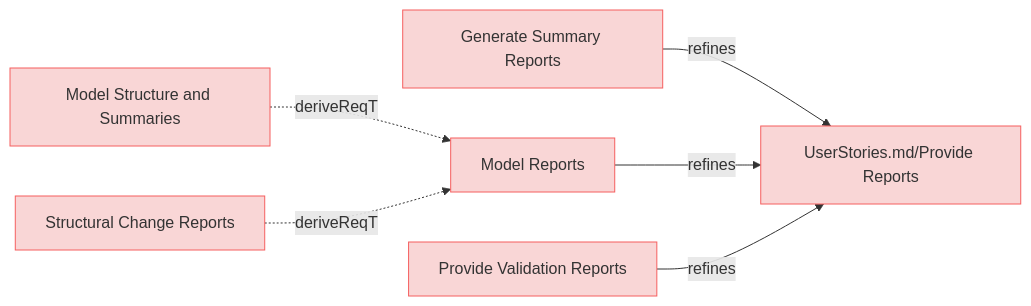
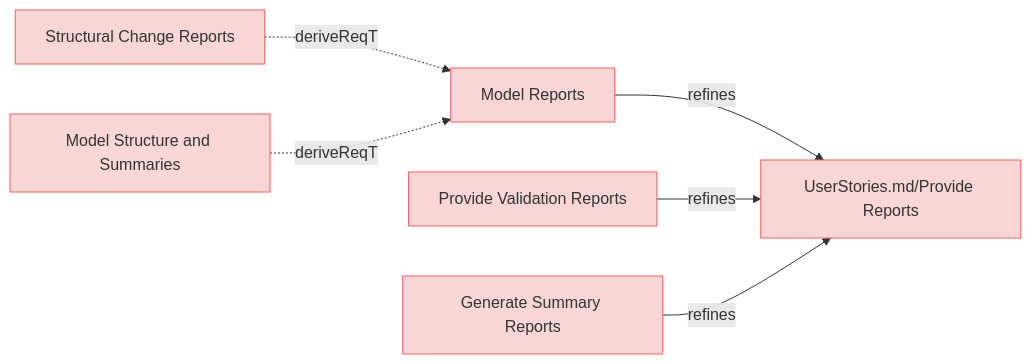
Before and after one commit to reqvire-org/reqvire: the fifth of 9 diagrams in specifications/UserRequirements.md, drawn with Mermaid. The commit also changed other lines of this file and 72 other files, not shown here.

Commit message:
Major rework of the logic in reqvire. It uses git repository root as root folder and everything else is relative to it. External folders and specifications folder concept has been deprecated.

````diff
--- a/specifications/UserRequirements.md
+++ b/specifications/UserRequirements.md
@@ -369,32 +369,32 @@
 ```mermaid
 graph LR;
   %% Graph styling
   classDef requirement fill:#f9d6d6,stroke:#f55f5f,stroke-width:1px;
   classDef verification fill:#d6f9d6,stroke:#5fd75f,stroke-width:1px;
   classDef externalLink fill:#d0e0ff,stroke:#3080ff,stroke-width:1px;
   classDef default fill:#f5f5f5,stroke:#333333,stroke-width:1px;
 
+  98d3f01fb666c41f["Model Reports"];
+  click 98d3f01fb666c41f "UserRequirements.md#model-reports";
+  class 98d3f01fb666c41f requirement;
+  9cb6618c17d19a11["UserStories.md/Provide Reports"];
+  class 9cb6618c17d19a11 requirement;
+  click 9cb6618c17d19a11 "UserStories.md#provide-reports";
+  98d3f01fb666c41f -->|refines| 9cb6618c17d19a11;
+  6572e9cc4d78415a["Structural Change Reports"];
+  click 6572e9cc4d78415a "UserRequirements.md#structural-change-reports";
+  class 6572e9cc4d78415a requirement;
+  6572e9cc4d78415a -.->|deriveReqT| 98d3f01fb666c41f;
+  2d3cfde19fc6bb79["Provide Validation Reports"];
+  click 2d3cfde19fc6bb79 "UserRequirements.md#provide-validation-reports";
+  class 2d3cfde19fc6bb79 requirement;
+  2d3cfde19fc6bb79 -->|refines| 9cb6618c17d19a11;
   40de7485b25294["Model Structure and Summaries"];
-  click 40de7485b25294 "https://github.com/Reqvire/reqvire/blob/ad88ba6b828e94c93382866fefd058c011c1ac60/specifications/UserRequirements.md#model-structure-and-summaries";
+  click 40de7485b25294 "UserRequirements.md#model-structure-and-summaries";
   class 40de7485b25294 requirement;
-  98d3f01fb666c41f["Model Reports"];
-  class 98d3f01fb666c41f requirement;
-  click 98d3f01fb666c41f "https://github.com/Reqvire/reqvire/blob/ad88ba6b828e94c93382866fefd058c011c1ac60/specifications/UserRequirements.md#model-reports";
   40de7485b25294 -.->|deriveReqT| 98d3f01fb666c41f;
   db41436c9a771e21["Generate Summary Reports"];
-  click db41436c9a771e21 "https://github.com/Reqvire/reqvire/blob/ad88ba6b828e94c93382866fefd058c011c1ac60/specifications/UserRequirements.md#generate-summary-reports";
+  click db41436c9a771e21 "UserRequirements.md#generate-summary-reports";
   class db41436c9a771e21 requirement;
-  9cb6618c17d19a11["UserStories.md/Provide Reports"];
-  class 9cb6618c17d19a11 requirement;
-  click 9cb6618c17d19a11 "https://github.com/Reqvire/reqvire/blob/ad88ba6b828e94c93382866fefd058c011c1ac60/specifications/UserStories.md#provide-reports";
   db41436c9a771e21 -->|refines| 9cb6618c17d19a11;
-  98d3f01fb666c41f -->|refines| 9cb6618c17d19a11;
-  2d3cfde19fc6bb79["Provide Validation Reports"];
-  click 2d3cfde19fc6bb79 "https://github.com/Reqvire/reqvire/blob/ad88ba6b828e94c93382866fefd058c011c1ac60/specifications/UserRequirements.md#provide-validation-reports";
-  class 2d3cfde19fc6bb79 requirement;
-  2d3cfde19fc6bb79 -->|refines| 9cb6618c17d19a11;
-  6572e9cc4d78415a["Structural Change Reports"];
-  click 6572e9cc4d78415a "https://github.com/Reqvire/reqvire/blob/ad88ba6b828e94c93382866fefd058c011c1ac60/specifications/UserRequirements.md#structural-change-reports";
-  class 6572e9cc4d78415a requirement;
-  6572e9cc4d78415a -.->|deriveReqT| 98d3f01fb666c41f;
 ```
````
